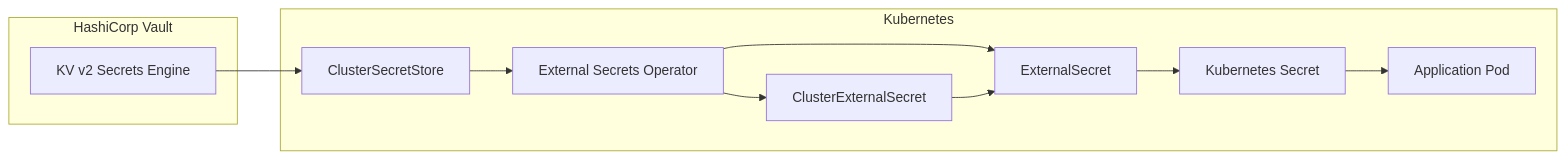
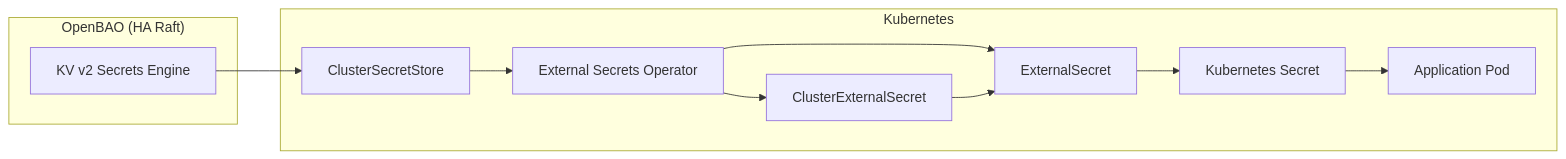
The diagram in docs/secrets/secrets-management.md (duynhlab/homelab), drawn with Mermaid before and after one commit. The commit also changed other lines of this file and 70 other files, not shown here.

````diff
--- a/docs/secrets/secrets-management.md
+++ b/docs/secrets/secrets-management.md
@@ -18,23 +19,23 @@
 ```mermaid
 flowchart LR
-    subgraph VaultBox["HashiCorp Vault"]
+    subgraph OpenBAOBox["OpenBAO (HA Raft)"]
         KV["KV v2 Secrets Engine"]
     end
 
     subgraph K8s["Kubernetes"]
         ESO["External Secrets Operator"]
         CSS["ClusterSecretStore"]
         CES["ClusterExternalSecret"]
         ES["ExternalSecret"]
         Secret["Kubernetes Secret"]
         App["Application Pod"]
     end
 
     KV --> CSS
     CSS --> ESO
     ESO --> CES
     ESO --> ES
     CES --> ES
     ES --> Secret
     Secret --> App
 ```
````
